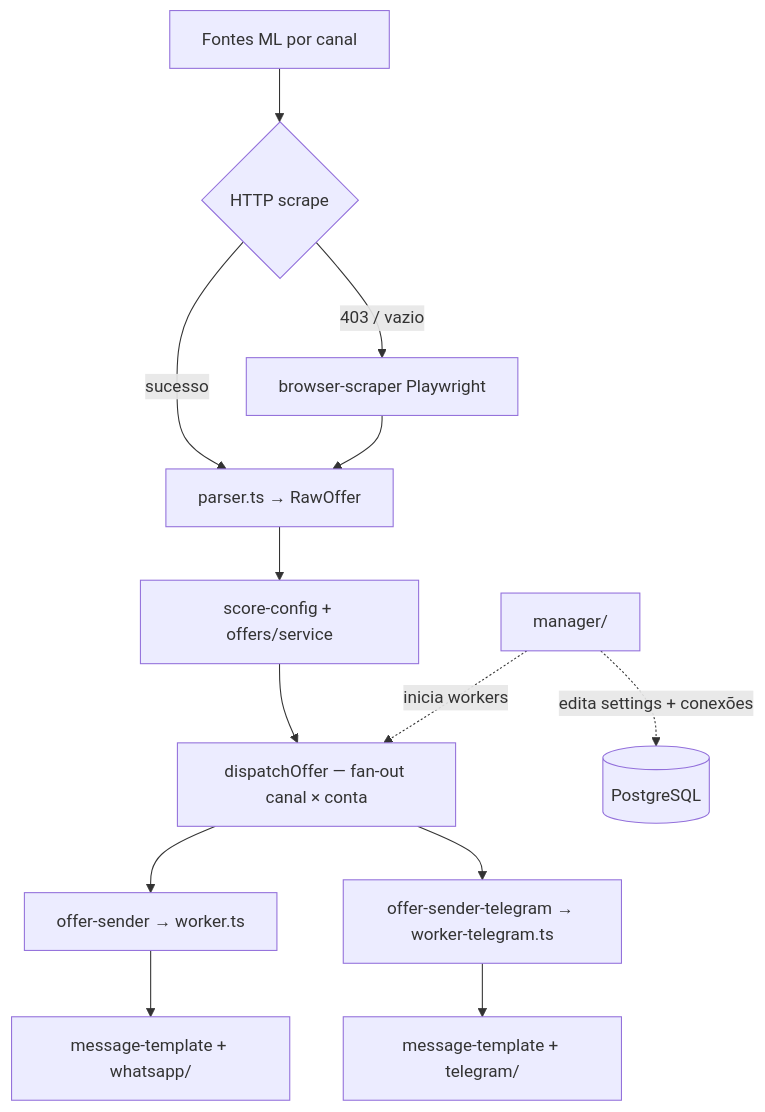
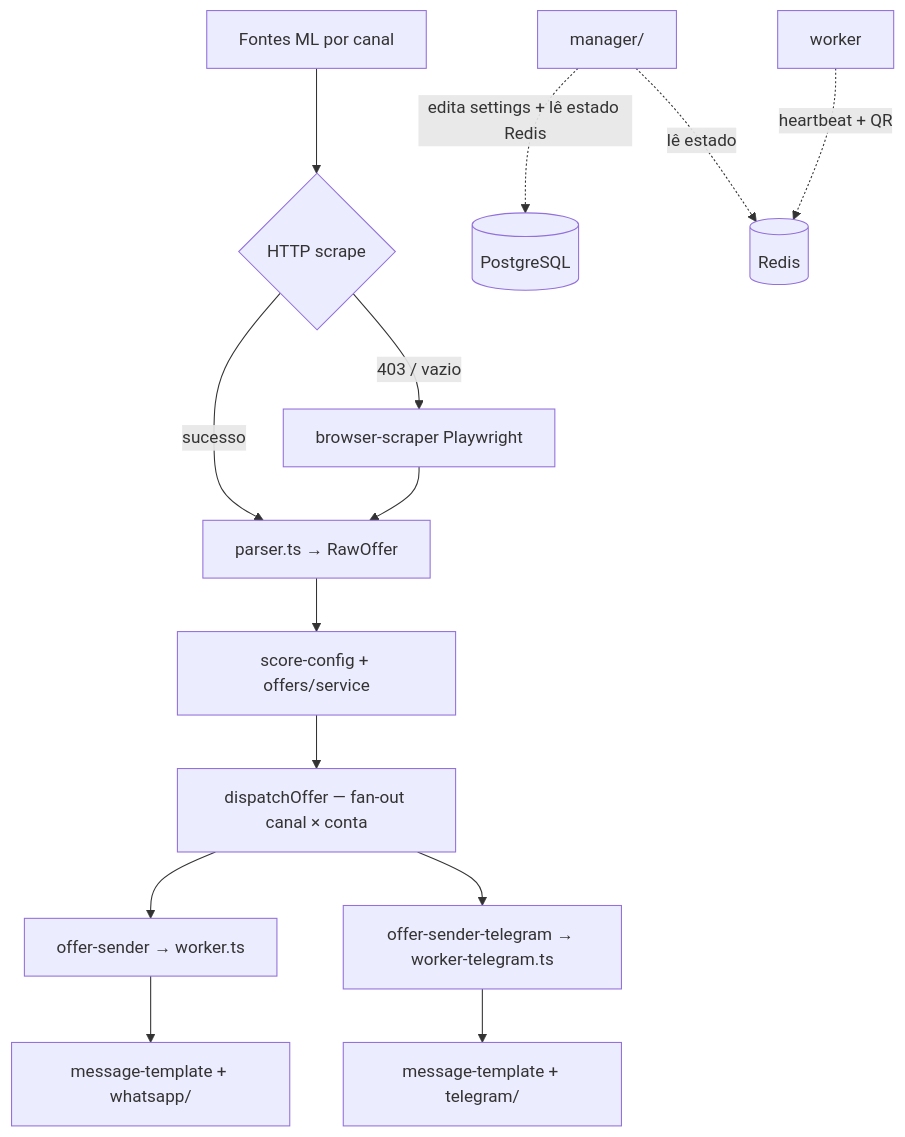
Before and after one commit to YoungC0DE/radar-ofertas: the diagram in .cursor/docs/architecture.md, drawn with Mermaid. The commit also changed other lines of this file and 58 other files, not shown here.

````diff
--- a/.cursor/docs/architecture.md
+++ b/.cursor/docs/architecture.md
@@ -86,15 +86,16 @@
 ```mermaid
 flowchart TD
     A[Fontes ML por canal] --> B{HTTP scrape}
     B -->|sucesso| C[parser.ts → RawOffer]
     B -->|403 / vazio| D[browser-scraper Playwright]
     D --> C
     C --> E[score-config + offers/service]
     E --> F[dispatchOffer — fan-out canal × conta]
     F --> G[offer-sender → worker.ts]
     F --> H[offer-sender-telegram → worker-telegram.ts]
     G --> I[message-template + whatsapp/]
     H --> J[message-template + telegram/]
-    K[manager/] -.->|edita settings + conexões| L[(PostgreSQL)]
-    K -.->|inicia workers| F
+    K[manager/] -.->|edita settings + lê estado Redis| L[(PostgreSQL)]
+    W[worker] -.->|heartbeat + QR| R[(Redis)]
+    K -.->|lê estado| R
 ```
````
